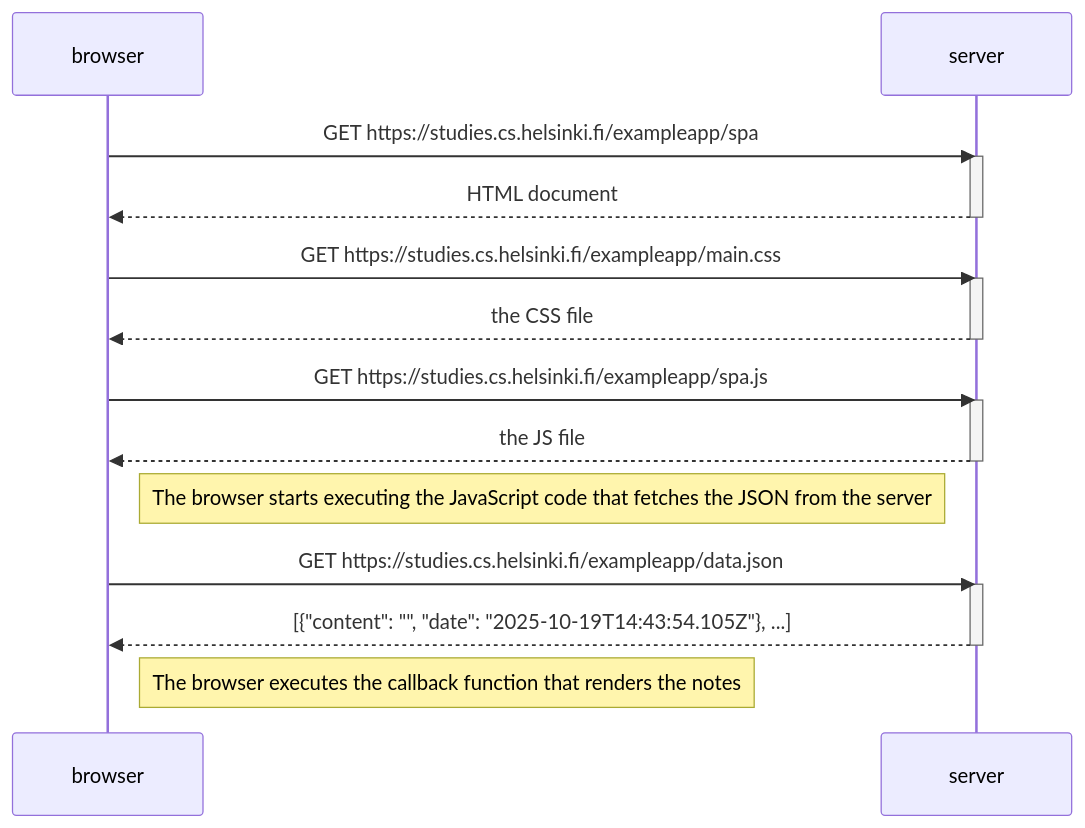
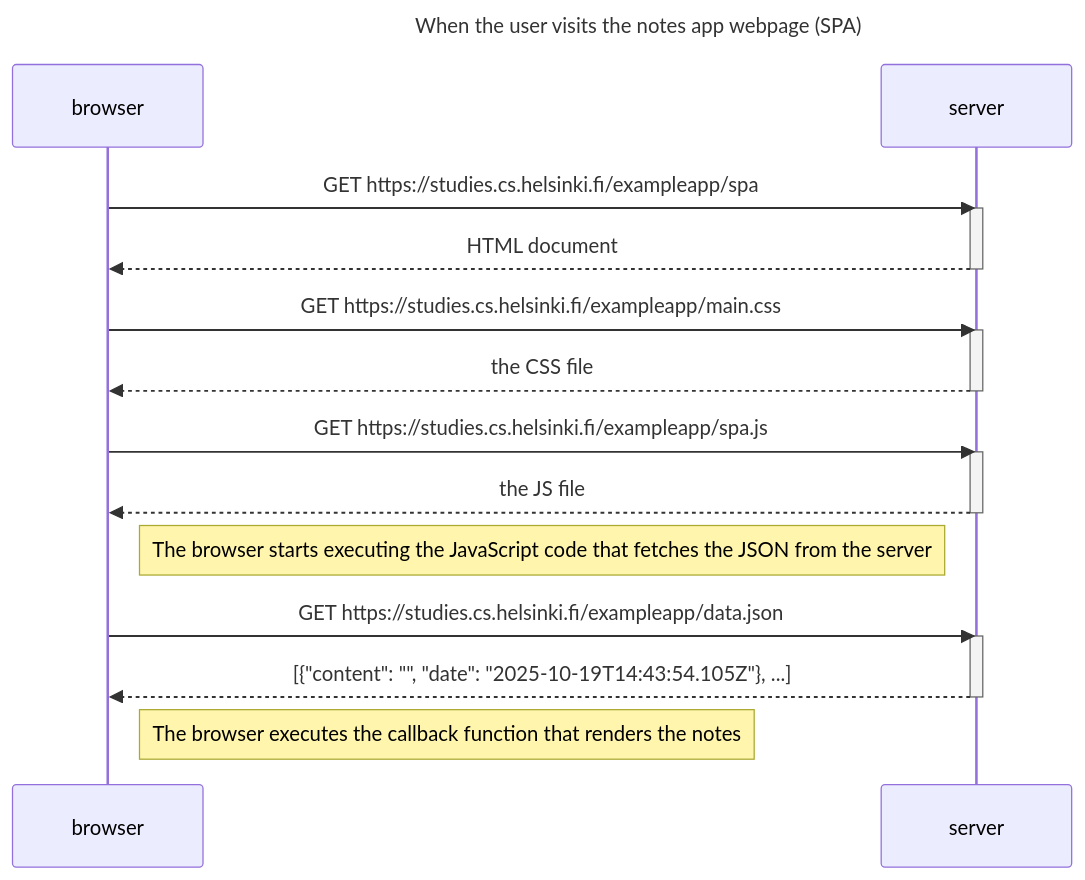
The diagram in part0/single page app diagram/exercise-0_5.md (nati-friedman/part3-phonebook-backend), drawn with Mermaid before and after one commit. The commit also changed 2 other files, not shown here.

Commit message:
added diagram titles

````diff
--- a/part0/single page app diagram/exercise-0_5.md
+++ b/part0/single page app diagram/exercise-0_5.md
@@ -1,29 +1,30 @@
 ```mermaid
 sequenceDiagram
+    title When the user visits the notes app webpage (SPA)
     participant browser
     participant server
 
     browser->>server: GET https://studies.cs.helsinki.fi/exampleapp/spa
     activate server
     server-->>browser: HTML document
     deactivate server
 
     browser->>server: GET https://studies.cs.helsinki.fi/exampleapp/main.css
     activate server
     server-->>browser: the CSS file
     deactivate server
 
     browser->>server: GET https://studies.cs.helsinki.fi/exampleapp/spa.js
     activate server
     server-->>browser: the JS file
     deactivate server
 
     Note right of browser: The browser starts executing the JavaScript code that fetches the JSON from the server
 
     browser->>server: GET https://studies.cs.helsinki.fi/exampleapp/data.json
     activate server
     server-->>browser: [{"content": "", "date": "2025-10-19T14:43:54.105Z"}, ...]
     deactivate server
 
     Note right of browser: The browser executes the callback function that renders the notes
 ```
````
